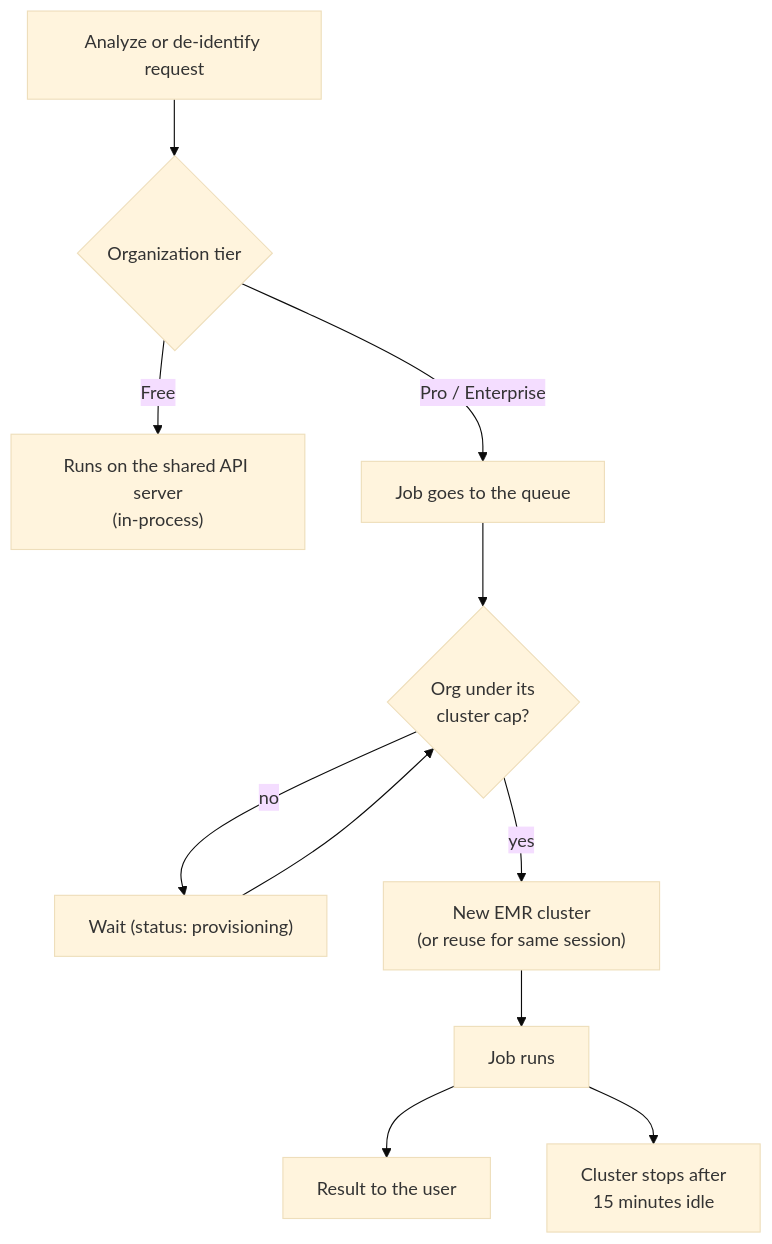
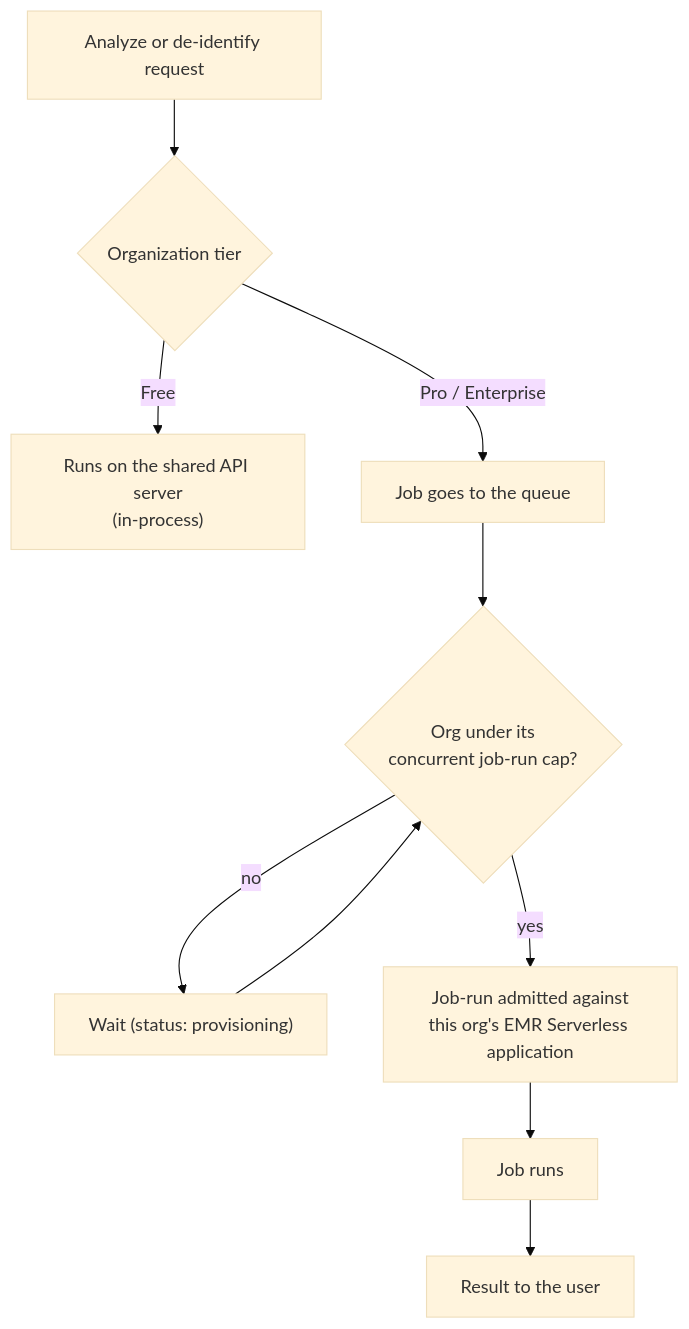
One commit to DataShield-sp18/data-shield-docs changed the first of 2 diagrams in docs/features/distributed-execution.md. Above: the diagram before and after it, drawn with Mermaid (base theme). The commit also changed other lines of this file and 6 other files, not shown here.

First line of the commit message:
docs(emr): rewrite big-job lane for EMR Serverless

````diff
--- a/docs/features/distributed-execution.md
+++ b/docs/features/distributed-execution.md
@@ -5,13 +5,12 @@
 ```mermaid
 flowchart TD
     A["Analyze or de-identify request"] --> T{"Organization tier"}
     T -- Free --> I["Runs on the shared API server<br/>(in-process)"]
     T -- "Pro / Enterprise" --> Q["Job goes to the queue"]
-    Q --> C{"Org under its<br/>cluster cap?"}
+    Q --> C{"Org under its<br/>concurrent job-run cap?"}
     C -- no --> W["Wait (status: provisioning)"]
     W --> C
-    C -- yes --> E["New EMR cluster<br/>(or reuse for same session)"]
+    C -- yes --> E["Job-run admitted against<br/>this org's EMR Serverless application"]
     E --> R["Job runs"]
     R --> D["Result to the user"]
-    R --> X["Cluster stops after<br/>15 minutes idle"]
 ```
````
